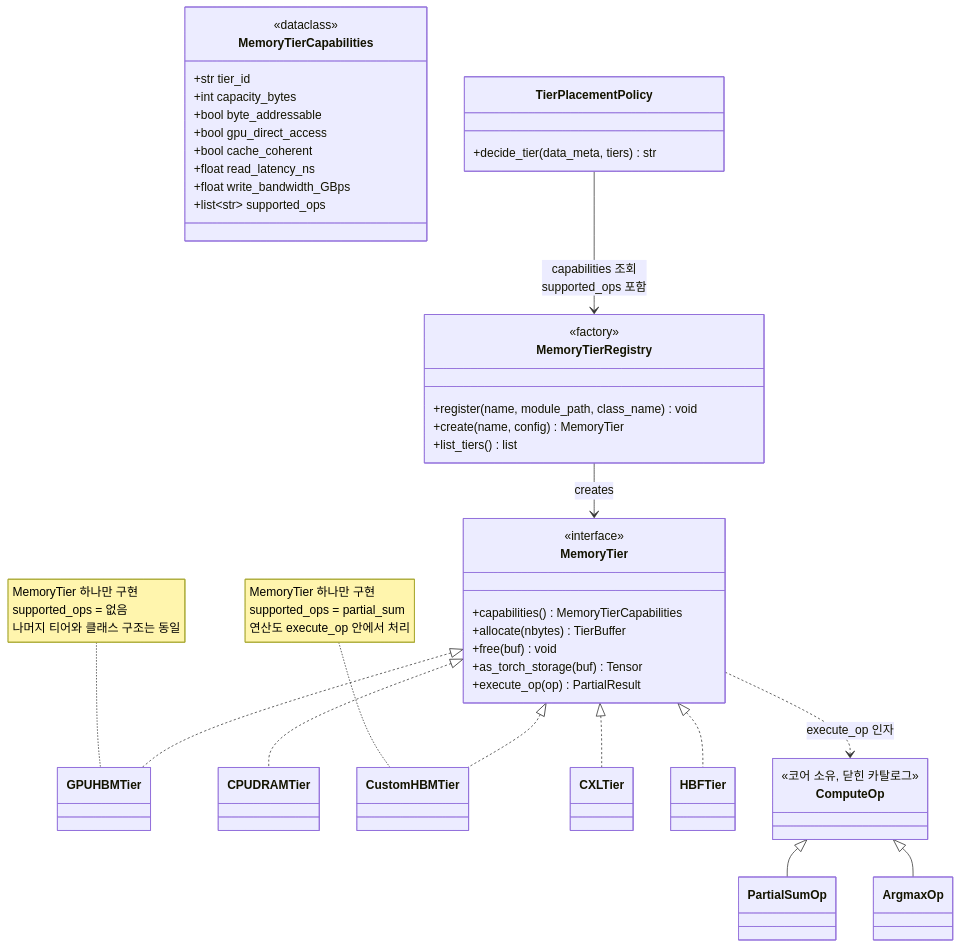
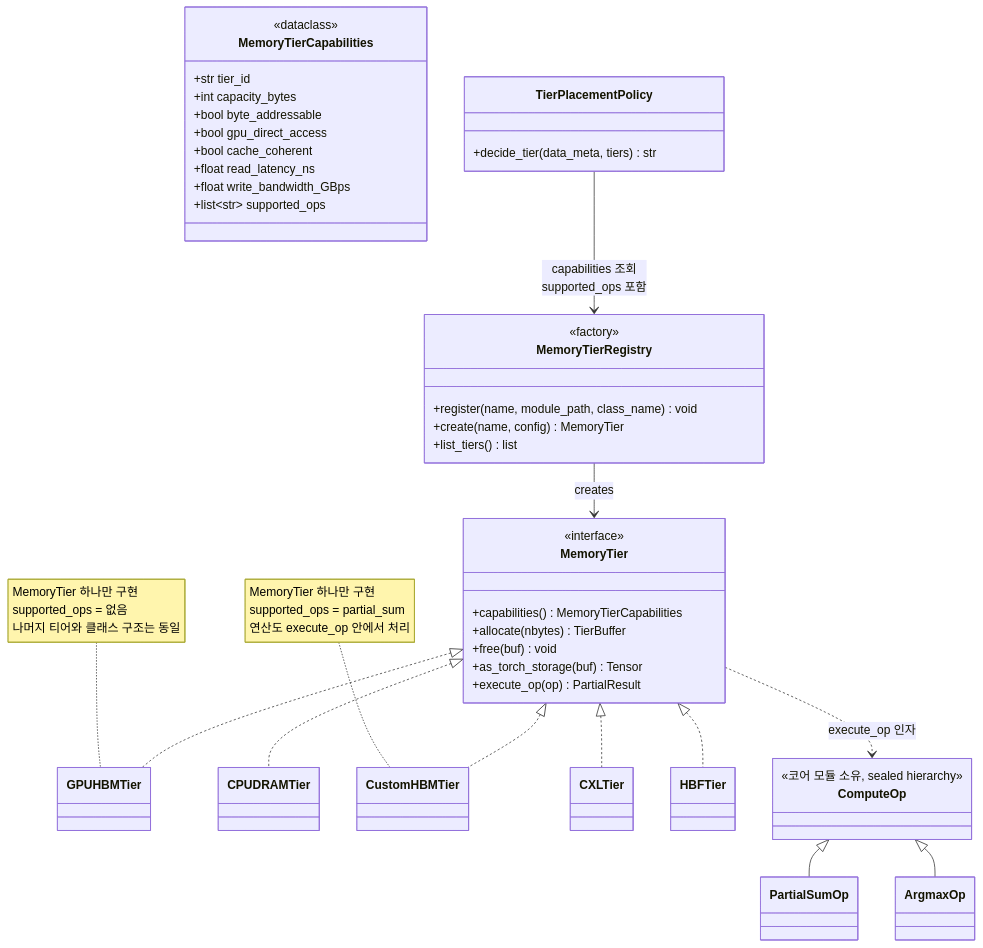
The second of 8 diagrams in doc-mk/vllm-memory-abstraction-level-candidates.md (mkim0628/vllm), drawn with Mermaid before and after one commit. The commit also changed other lines of this file, not shown here.

First line of the commit message:
docs: replace 'catalog' wording with proper SW term (sealed class hierarchy)

````diff
--- a/doc-mk/vllm-memory-abstraction-level-candidates.md
+++ b/doc-mk/vllm-memory-abstraction-level-candidates.md
@@ -151,53 +161,53 @@
 ```mermaid
 classDiagram
     class MemoryTierCapabilities {
         <<dataclass>>
         +str tier_id
         +int capacity_bytes
         +bool byte_addressable
         +bool gpu_direct_access
         +bool cache_coherent
         +float read_latency_ns
         +float write_bandwidth_GBps
         +list~str~ supported_ops
     }
 
     class MemoryTier {
         <<interface>>
         +capabilities() MemoryTierCapabilities
         +allocate(nbytes) TierBuffer
         +free(buf) void
         +as_torch_storage(buf) Tensor
         +execute_op(op) PartialResult
     }
     MemoryTier <|.. GPUHBMTier
     MemoryTier <|.. CPUDRAMTier
     MemoryTier <|.. CustomHBMTier
     MemoryTier <|.. CXLTier
     MemoryTier <|.. HBFTier
 
     class ComputeOp {
-        <<코어 소유, 닫힌 카탈로그>>
+        <<코어 모듈 소유, sealed hierarchy>>
     }
     class PartialSumOp
     class ArgmaxOp
     ComputeOp <|-- PartialSumOp
     ComputeOp <|-- ArgmaxOp
     MemoryTier ..> ComputeOp : execute_op 인자
 
     note for CustomHBMTier "MemoryTier 하나만 구현<br/>supported_ops = partial_sum<br/>연산도 execute_op 안에서 처리"
     note for GPUHBMTier "MemoryTier 하나만 구현<br/>supported_ops = 없음<br/>나머지 티어와 클래스 구조는 동일"
 
     class MemoryTierRegistry {
         <<factory>>
         +register(name, module_path, class_name) void
         +create(name, config) MemoryTier
         +list_tiers() list
     }
     MemoryTierRegistry --> MemoryTier : creates
 
     class TierPlacementPolicy {
         +decide_tier(data_meta, tiers) str
     }
     TierPlacementPolicy --> MemoryTierRegistry : capabilities 조회<br/>supported_ops 포함
 ```
````
